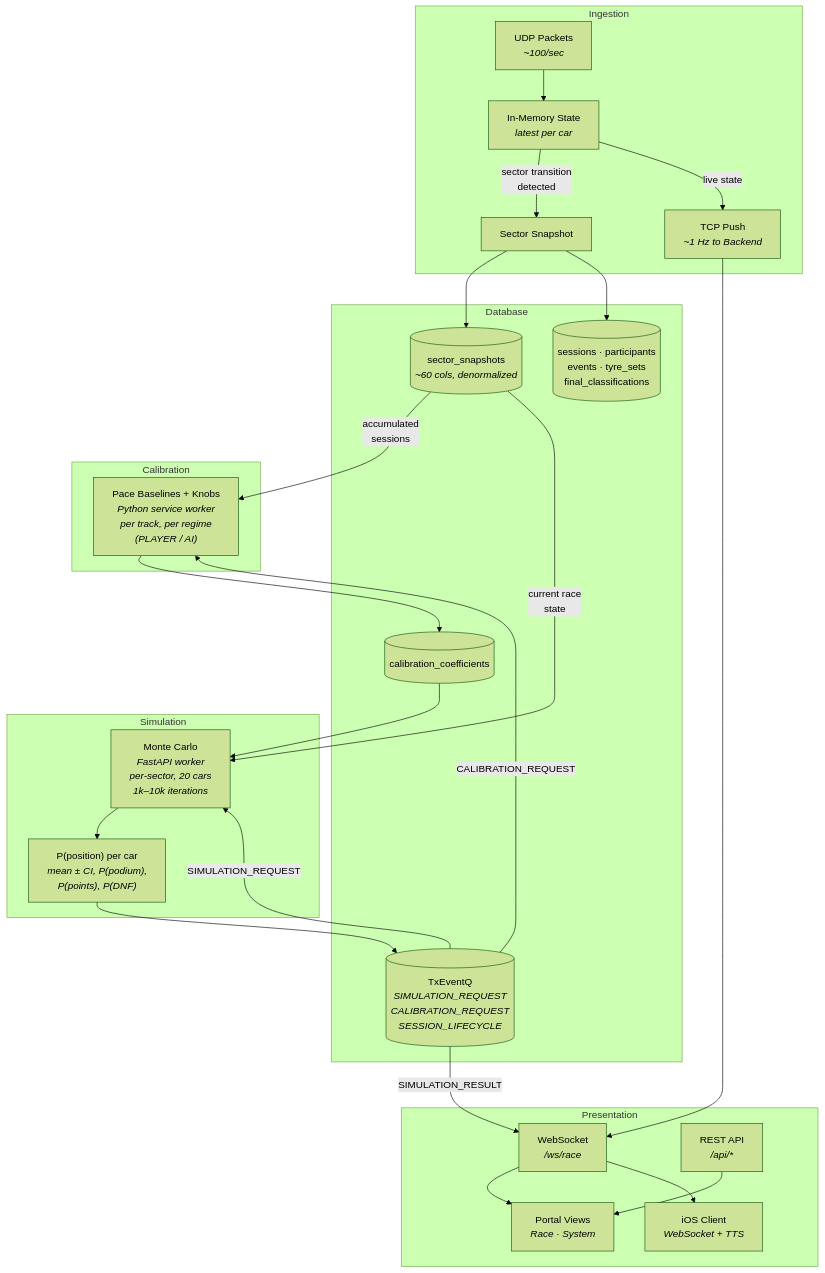
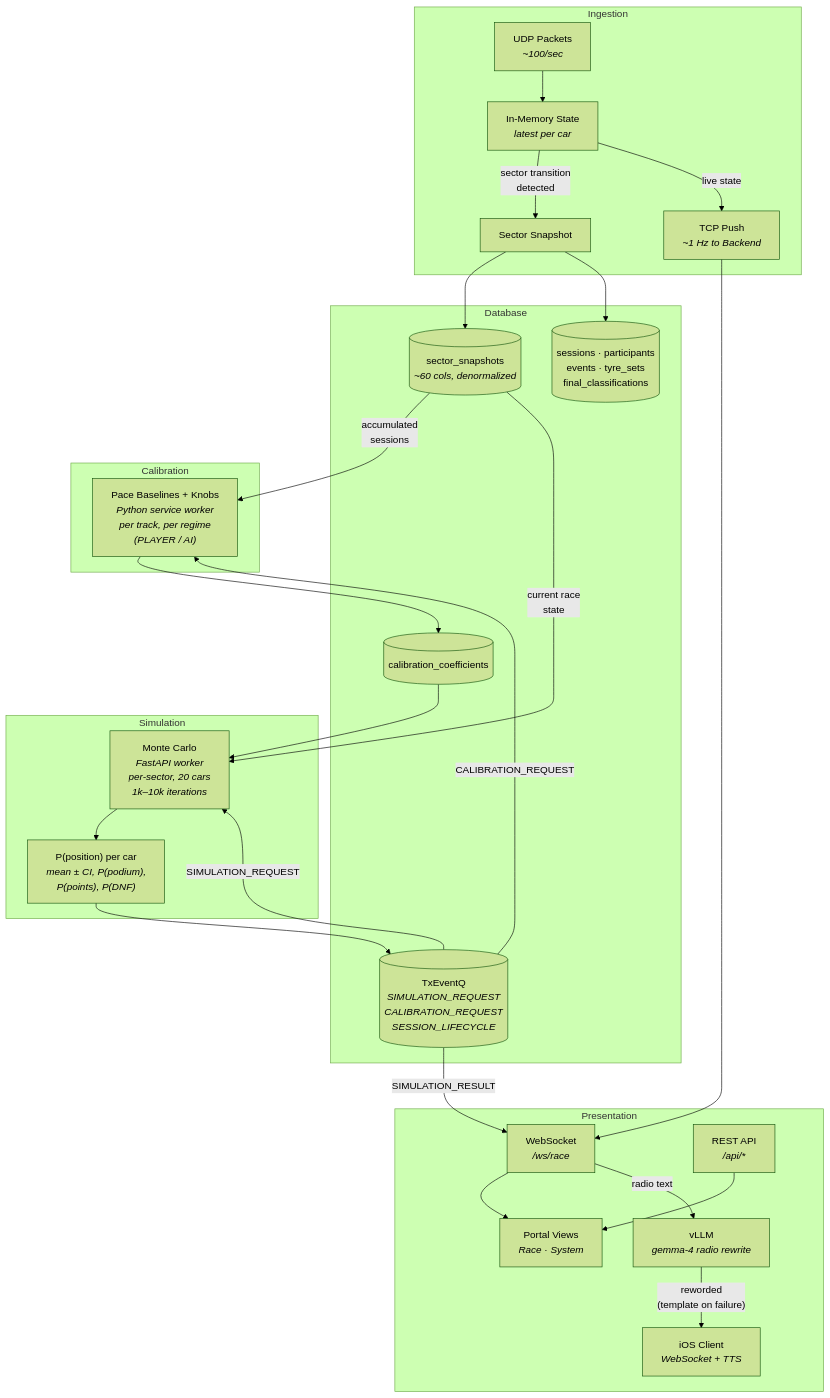
One commit to vmleon/f12025-race-strategy-simulation changed the second of 2 diagrams in README.md. Above: the diagram before and after it, drawn with Mermaid (forest theme). The commit also changed other lines of this file and 4 other files, not shown here.

Commit message:
docs: document vLLM component across diagrams and chapters

````diff
--- a/README.md
+++ b/README.md
@@ -43,51 +45,53 @@
 ```mermaid
 graph TD
     subgraph Ingestion
         UDP["UDP Packets<br/><i>~100/sec</i>"]
         Mem["In-Memory State<br/><i>latest per car</i>"]
         Snap["Sector Snapshot"]
         TCP["TCP Push<br/><i>~1 Hz to Backend</i>"]
         UDP --> Mem
         Mem -- "sector transition<br/>detected" --> Snap
         Mem -- "live state" --> TCP
     end
 
     subgraph Database
         SS[("sector_snapshots<br/><i>~60 cols, denormalized</i>")]
         CC[("calibration_coefficients")]
         Aux[("sessions · participants<br/>events · tyre_sets<br/>final_classifications")]
         Q[("TxEventQ<br/><i>SIMULATION_REQUEST<br/>CALIBRATION_REQUEST<br/>SESSION_LIFECYCLE</i>")]
     end
 
     subgraph Calibration
         Fit["Pace Baselines + Knobs<br/><i>Python service worker<br/>per track, per regime<br/>(PLAYER / AI)</i>"]
     end
 
     subgraph Simulation
         MC["Monte Carlo<br/><i>FastAPI worker<br/>per-sector, 20 cars<br/>1k–10k iterations</i>"]
         Out["P(position) per car<br/><i>mean ± CI, P(podium),<br/>P(points), P(DNF)</i>"]
         MC --> Out
     end
 
     subgraph Presentation
         WS["WebSocket<br/><i>/ws/race</i>"]
         REST["REST API<br/><i>/api/*</i>"]
         Views["Portal Views<br/><i>Race · System</i>"]
+        LLM["vLLM<br/><i>gemma-4 radio rewrite</i>"]
         iOS["iOS Client<br/><i>WebSocket + TTS</i>"]
         WS --> Views
-        WS --> iOS
+        WS -- "radio text" --> LLM
+        LLM -- "reworded<br/>(template on failure)" --> iOS
         REST --> Views
     end
 
     Snap --> SS
     Snap --> Aux
     TCP --> WS
     Q -- "CALIBRATION_REQUEST" --> Fit
     SS -- "accumulated<br/>sessions" --> Fit
     Fit --> CC
     Q -- "SIMULATION_REQUEST" --> MC
     CC --> MC
     SS -- "current race<br/>state" --> MC
     Out --> Q
     Q -- "SIMULATION_RESULT" --> WS
 ```
````
